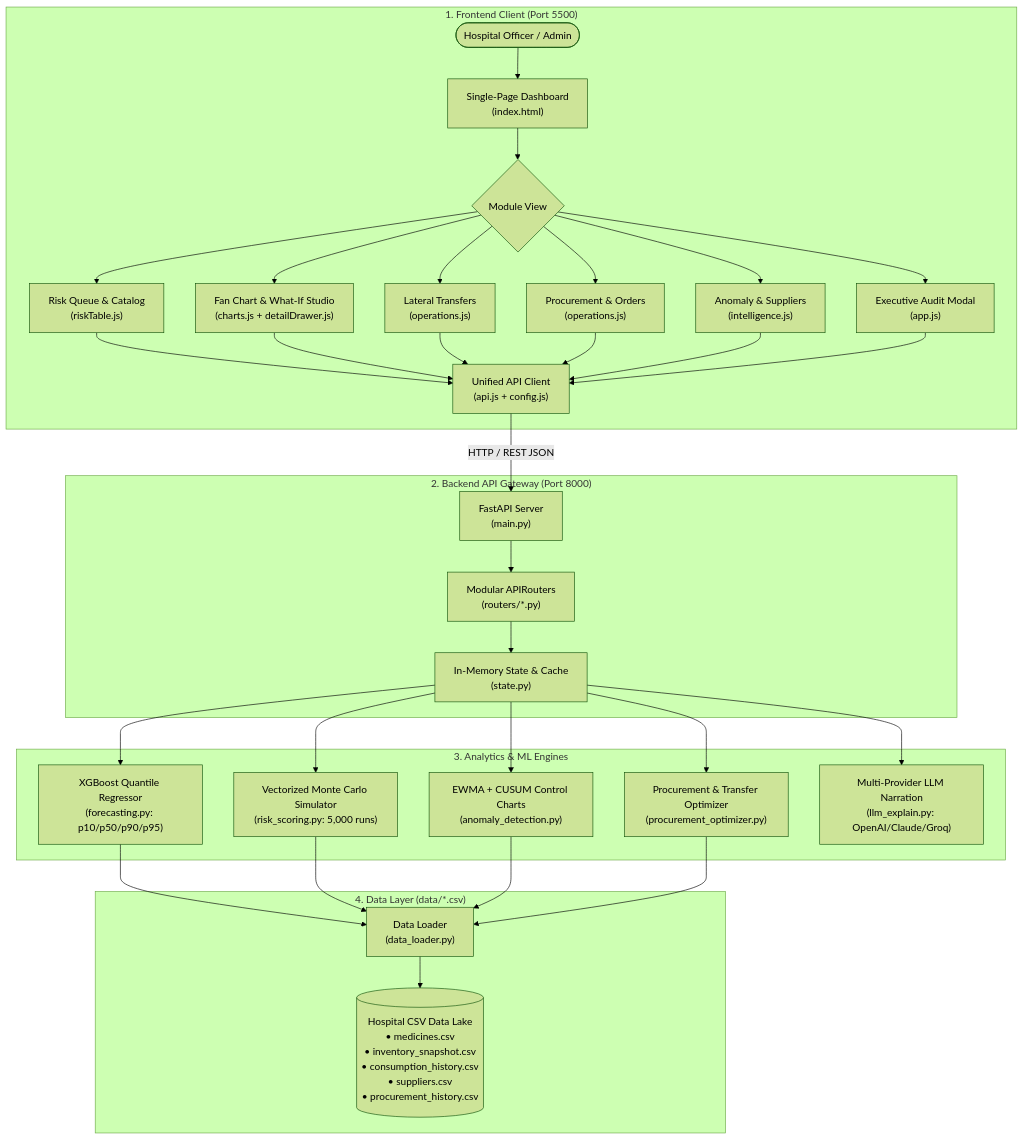
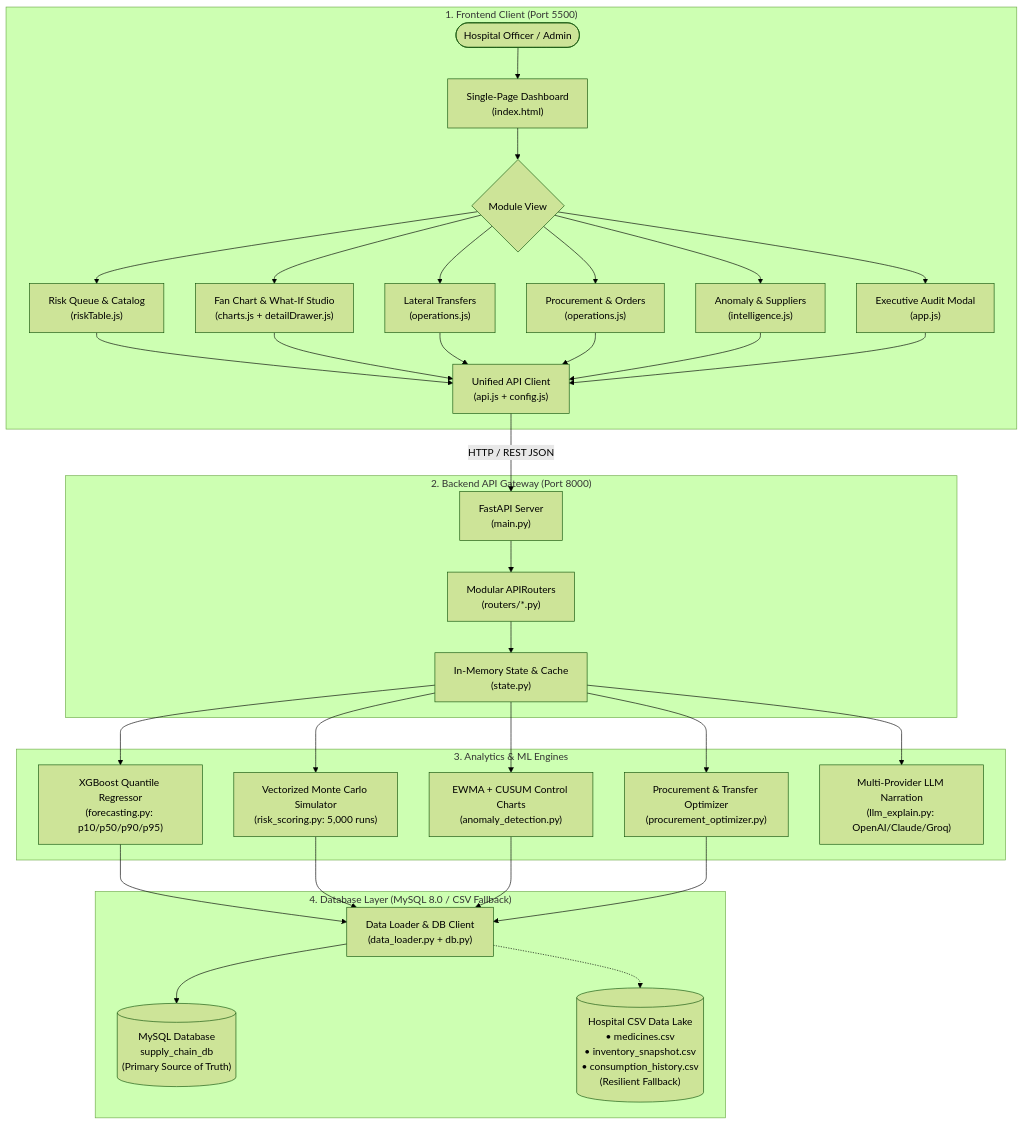
The diagram in README.md (Mithilesh2510/Nexus-Innovation), drawn with Mermaid (forest theme) before and after one commit. The commit also changed other lines of this file, not shown here.

Commit message:
Update Readme.md for backend flow

````diff
--- a/README.md
+++ b/README.md
@@ -108,35 +109,36 @@
 ```mermaid
 flowchart TD
     subgraph UI ["1. Frontend Client (Port 5500)"]
         User(["Hospital Officer / Admin"]) --> Dashboard["Single-Page Dashboard\n(index.html)"]
         Dashboard --> Tabs{"Module View"}
         Tabs --> Tab1["Risk Queue & Catalog\n(riskTable.js)"]
         Tabs --> Tab2["Fan Chart & What-If Studio\n(charts.js + detailDrawer.js)"]
         Tabs --> Tab3["Lateral Transfers\n(operations.js)"]
         Tabs --> Tab4["Procurement & Orders\n(operations.js)"]
         Tabs --> Tab5["Anomaly & Suppliers\n(intelligence.js)"]
         Tabs --> Tab6["Executive Audit Modal\n(app.js)"]
         
         Tab1 & Tab2 & Tab3 & Tab4 & Tab5 & Tab6 --> APIClient["Unified API Client\n(api.js + config.js)"]
     end
 
     subgraph Backend ["2. Backend API Gateway (Port 8000)"]
         APIClient -- "HTTP / REST JSON" --> Gateway["FastAPI Server\n(main.py)"]
         Gateway --> Routers["Modular APIRouters\n(routers/*.py)"]
         Routers --> StateCache["In-Memory State & Cache\n(state.py)"]
     end
 
     subgraph Engines ["3. Analytics & ML Engines"]
         StateCache --> ForecastEngine["XGBoost Quantile Regressor\n(forecasting.py: p10/p50/p90/p95)"]
         StateCache --> RiskEngine["Vectorized Monte Carlo Simulator\n(risk_scoring.py: 5,000 runs)"]
         StateCache --> AnomalyEngine["EWMA + CUSUM Control Charts\n(anomaly_detection.py)"]
         StateCache --> OptimizerEngine["Procurement & Transfer Optimizer\n(procurement_optimizer.py)"]
         StateCache --> LLMGateway["Multi-Provider LLM Narration\n(llm_explain.py: OpenAI/Claude/Groq)"]
     end
 
-    subgraph DataLake ["4. Data Layer (data/*.csv)"]
-        DataLoader["Data Loader\n(data_loader.py)"]
+    subgraph Database ["4. Database Layer (MySQL 8.0 / CSV Fallback)"]
+        DataLoader["Data Loader & DB Client\n(data_loader.py + db.py)"]
         ForecastEngine & RiskEngine & AnomalyEngine & OptimizerEngine --> DataLoader
-        DataLoader --> CSVs[("Hospital CSV Data Lake\n• medicines.csv\n• inventory_snapshot.csv\n• consumption_history.csv\n• suppliers.csv\n• procurement_history.csv")]
+        DataLoader --> MySQL[("MySQL Database\nsupply_chain_db\n(Primary Source of Truth)")]
+        DataLoader -.-> CSVs[("Hospital CSV Data Lake\n• medicines.csv\n• inventory_snapshot.csv\n• consumption_history.csv\n(Resilient Fallback)")]
     end
 ```
````
